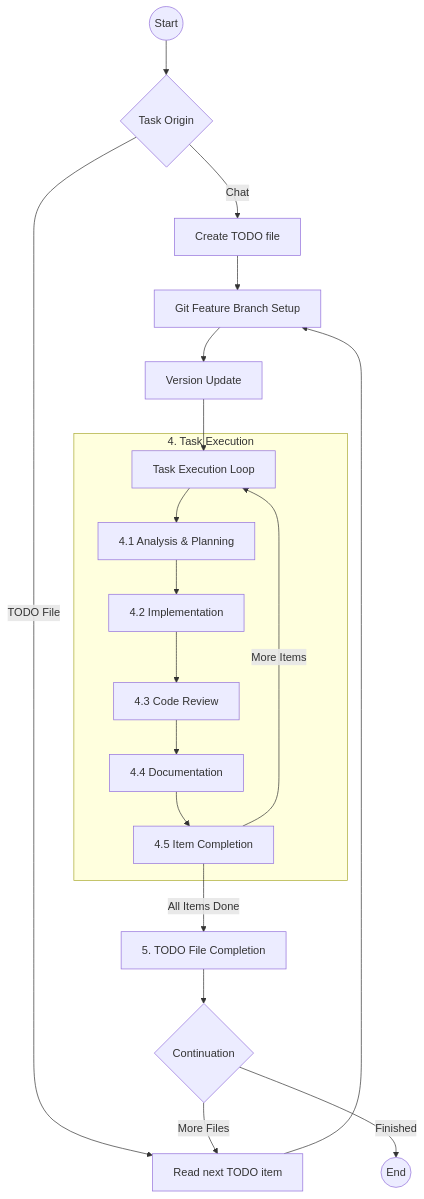
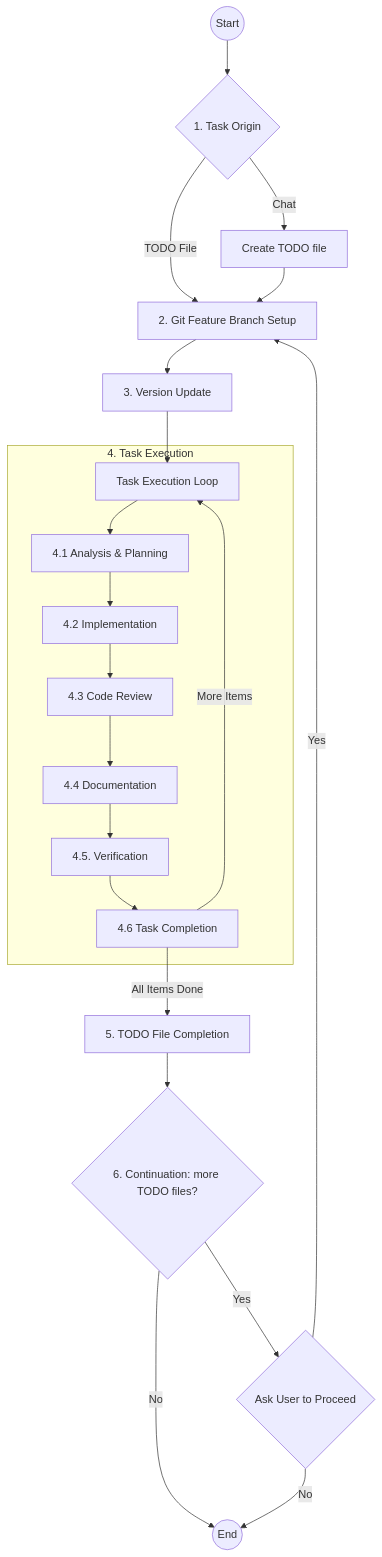
One commit to kazuyakuza/cobranza-app_events-toolkit changed the diagram in README.md. Above: the diagram before and after it, drawn with Mermaid. The commit also changed 7 other files, not shown here.

````diff
--- a/README.md
+++ b/README.md
@@ -29,22 +29,24 @@
 ```mermaid
 graph TD
-    Start((Start)) --> Origin{Task Origin}
+    Start((Start)) --> Origin{1. Task Origin}
     Origin -- Chat --> CreateTodo[Create TODO file]
-    Origin -- TODO File --> ReadTodo[Read next TODO item]
-    CreateTodo --> GitSetup[Git Feature Branch Setup]
-    ReadTodo --> GitSetup
-    GitSetup --> VersionUpdate[Version Update]
+    Origin -- TODO File --> GitSetup[2. Git Feature Branch Setup]
+    CreateTodo --> GitSetup[2. Git Feature Branch Setup]
+    GitSetup --> VersionUpdate[3. Version Update]
     VersionUpdate --> Execution[Task Execution Loop]
     subgraph ExecutionProcess [4. Task Execution]
         Execution --> Analysis[4.1 Analysis & Planning]
         Analysis --> Implementation[4.2 Implementation]
         Implementation --> CodeReview[4.3 Code Review]
         CodeReview --> Documentation[4.4 Documentation]
-        Documentation --> ItemCompletion[4.5 Item Completion]
+        Documentation --> Check[4.5. Verification]
+        Check --> TaskCompletion[4.6 Task Completion]
     end
-    ItemCompletion -- More Items --> Execution
-    ItemCompletion -- All Items Done --> TodoCompletion[5. TODO File Completion]
-    TodoCompletion --> Continuation{Continuation}
-    Continuation -- More Files --> ReadTodo
-    Continuation -- Finished --> End((End))
+    TaskCompletion -- More Items --> Execution
+    TaskCompletion -- All Items Done --> TodoCompletion[5. TODO File Completion]
+    TodoCompletion --> Continuation{6. Continuation: more TODO files?}
+    Continuation -- Yes --> Ask{Ask User to Proceed}
+    Continuation -- No --> End((End))
+    Ask -- Yes --> GitSetup[2. Git Feature Branch Setup]
+    Ask -- No --> End((End))
 ```
````
